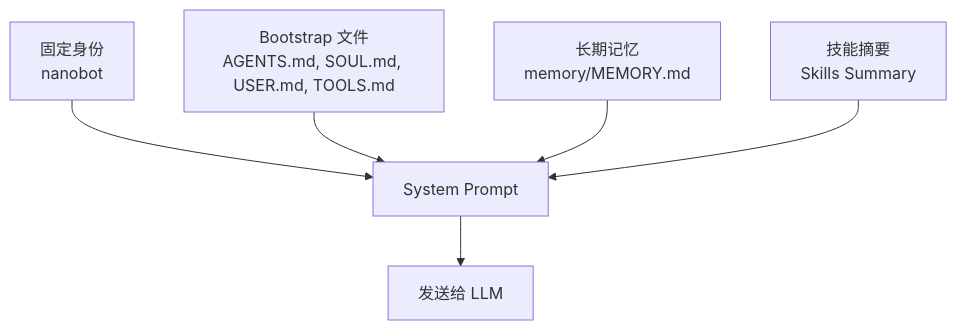
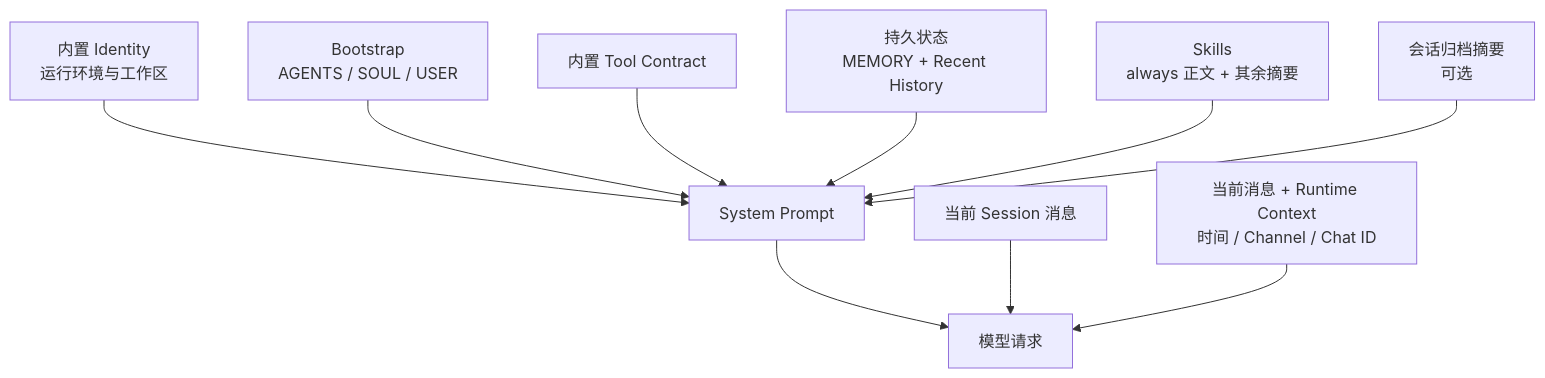
One commit to sine-io/byte-of-nanobot changed the diagram in docs/zh-cn/zero/02-soul.md. Above: the diagram before and after it, drawn with Mermaid. The commit also changed other lines of this file and 1 other file, not shown here.

Commit message:
docs: correct workspace and context model (#24)

````diff
--- a/docs/zh-cn/zero/02-soul.md
+++ b/docs/zh-cn/zero/02-soul.md
@@ -440,8 +71,12 @@
 ```mermaid
 flowchart TD
-    identity[固定身份<br/>nanobot] --> prompt[System Prompt]
-    bootstrap[Bootstrap 文件<br/>AGENTS.md, SOUL.md, USER.md, TOOLS.md] --> prompt
-    memory[长期记忆<br/>memory/MEMORY.md] --> prompt
-    skills[技能摘要<br/>Skills Summary] --> prompt
-    prompt --> llm[发送给 LLM]
+    identity[内置 Identity<br/>运行环境与工作区] --> system[System Prompt]
+    bootstrap[Bootstrap<br/>AGENTS / SOUL / USER] --> system
+    contract[内置 Tool Contract] --> system
+    memory[持久状态<br/>MEMORY + Recent History] --> system
+    skills[Skills<br/>always 正文 + 其余摘要] --> system
+    archived[会话归档摘要<br/>可选] --> system
+    system --> request[模型请求]
+    session[当前 Session 消息] --> request
+    runtime[当前消息 + Runtime Context<br/>时间 / Channel / Chat ID] --> request
 ```
````
